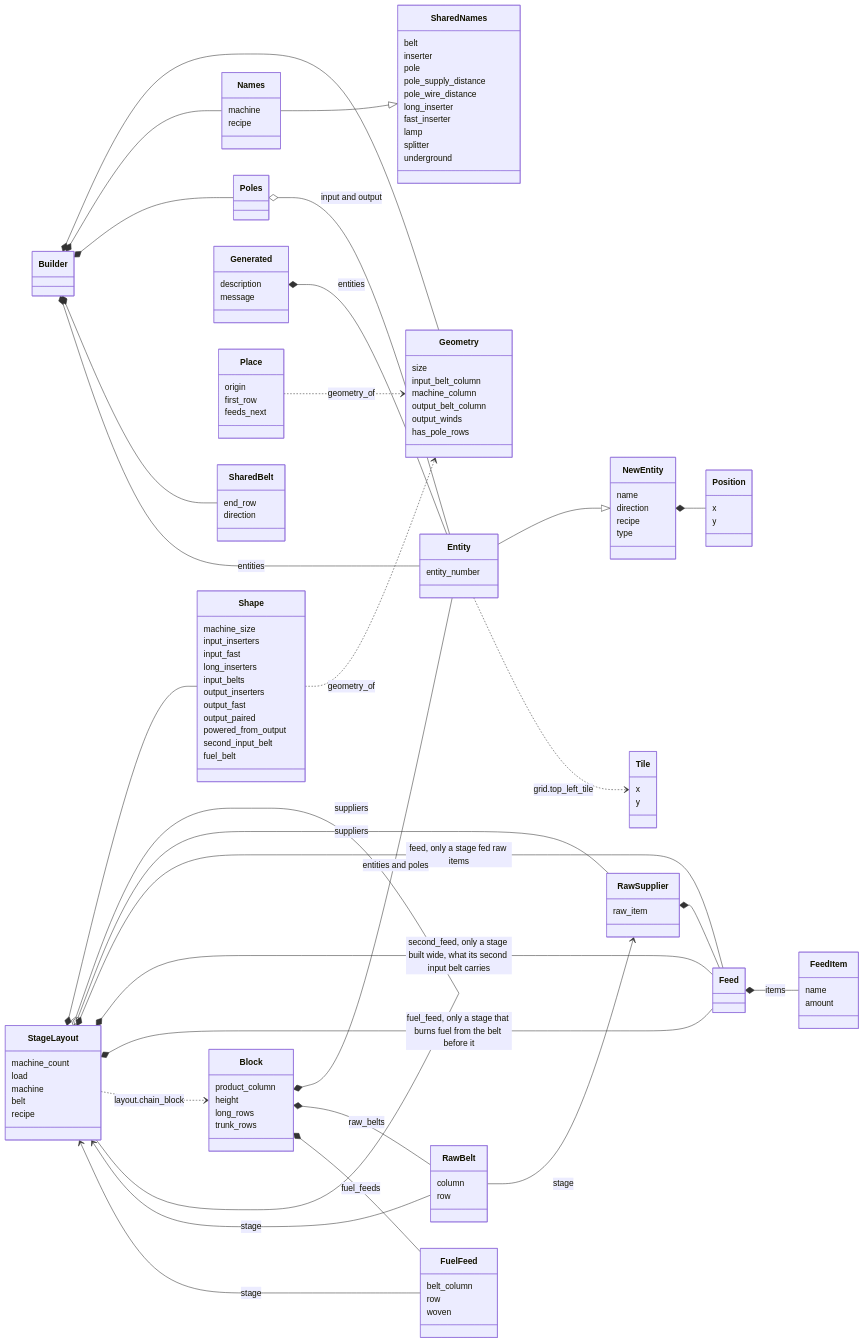
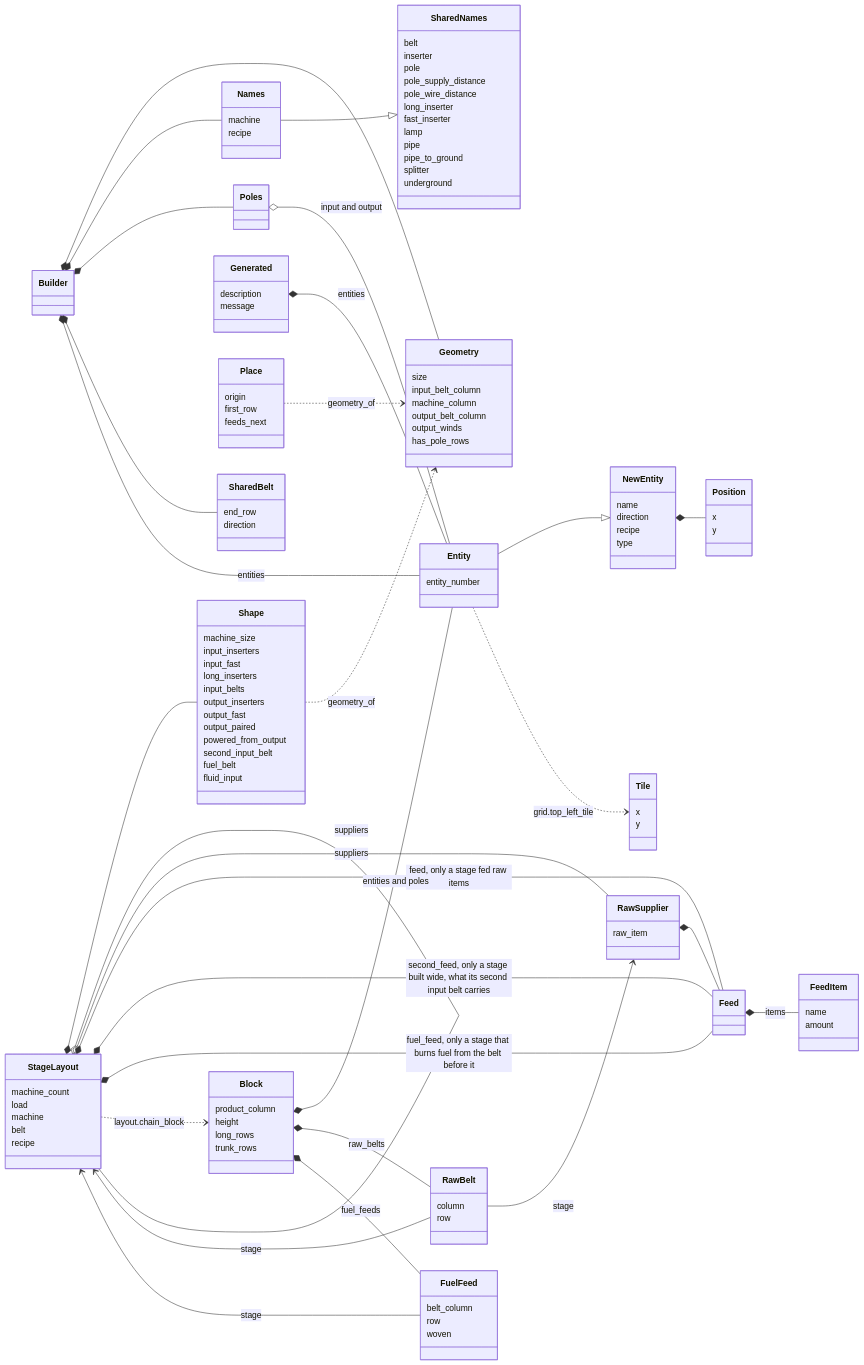
Before and after one commit to RibbonedAce/factorio-blueprint-generation: the fourth of 5 diagrams in TYPES.md, drawn with Mermaid. The commit also changed other lines of this file and 22 other files, not shown here.

```diff
--- a/TYPES.md
+++ b/TYPES.md
@@ -235,6 +237,7 @@
     powered_from_output
     second_input_belt
     fuel_belt
+    fluid_input
   }
   class RawSupplier {
     raw_item
@@ -263,6 +266,8 @@
     long_inserter
     fast_inserter
     lamp
+    pipe
+    pipe_to_ground
     splitter
     underground
   }
```
